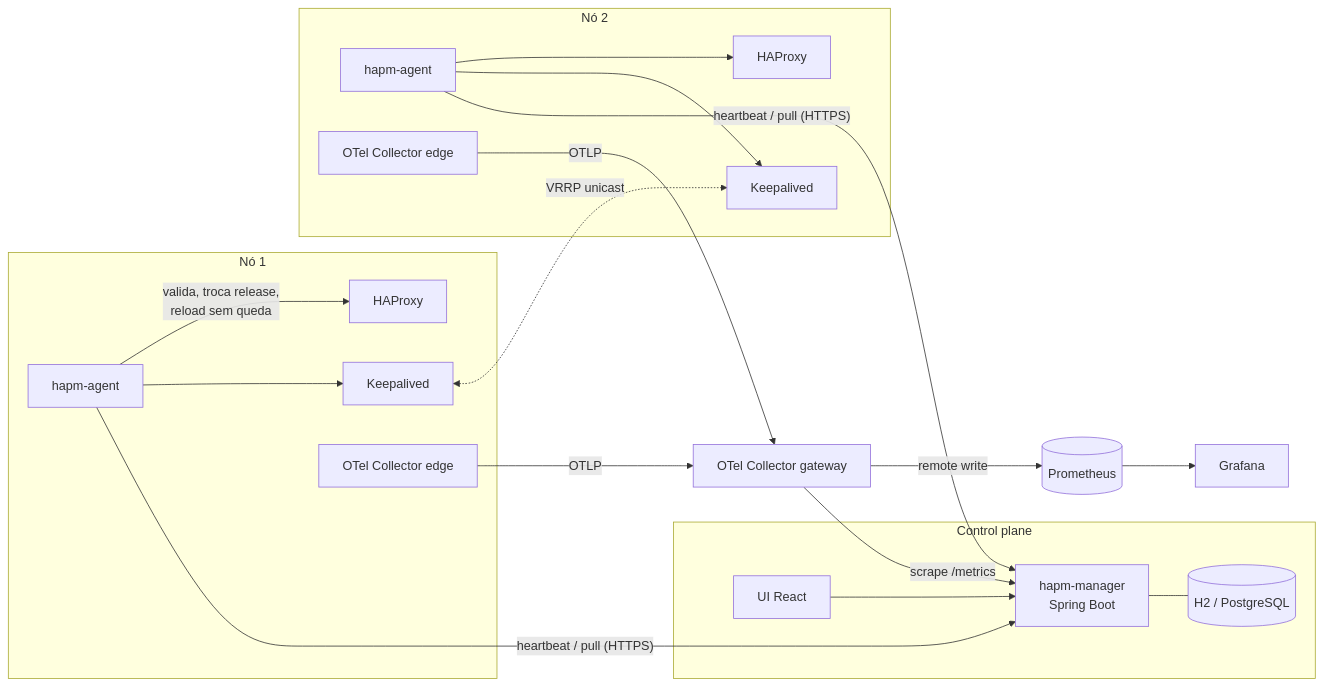
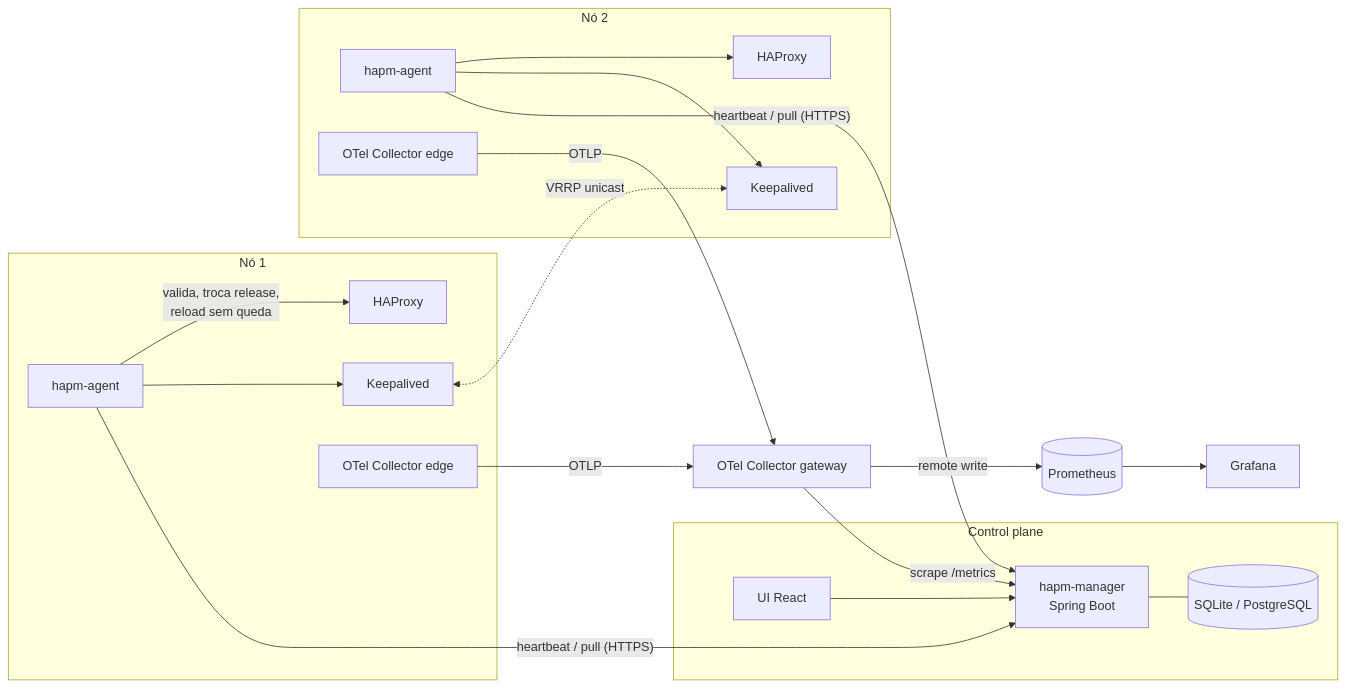
The diagram in README.md (betobadran/haproxy-manager), drawn with Mermaid before and after one commit. The commit also changed other lines of this file and 16 other files, not shown here.

````diff
--- a/README.md
+++ b/README.md
@@ -21,22 +25,22 @@
 ```mermaid
 flowchart LR
   subgraph cp[Control plane]
     UI[UI React] --> M[hapm-manager<br/>Spring Boot]
-    M --- DB[(H2 / PostgreSQL)]
+    M --- DB[(SQLite / PostgreSQL)]
   end
   subgraph n1[Nó 1]
     A1[hapm-agent] -->|valida, troca release,<br/>reload sem queda| H1[HAProxy]
     A1 --> K1[Keepalived]
     O1[OTel Collector edge]
   end
   subgraph n2[Nó 2]
     A2[hapm-agent] --> H2[HAProxy]
     A2 --> K2[Keepalived]
     O2[OTel Collector edge]
   end
   A1 -- "heartbeat / pull (HTTPS)" --> M
   A2 -- "heartbeat / pull (HTTPS)" --> M
   K1 <-. VRRP unicast .-> K2
   O1 & O2 -- OTLP --> GW[OTel Collector gateway] -- remote write --> P[(Prometheus)] --> G[Grafana]
   GW -- scrape /metrics --> M
 ```
````
